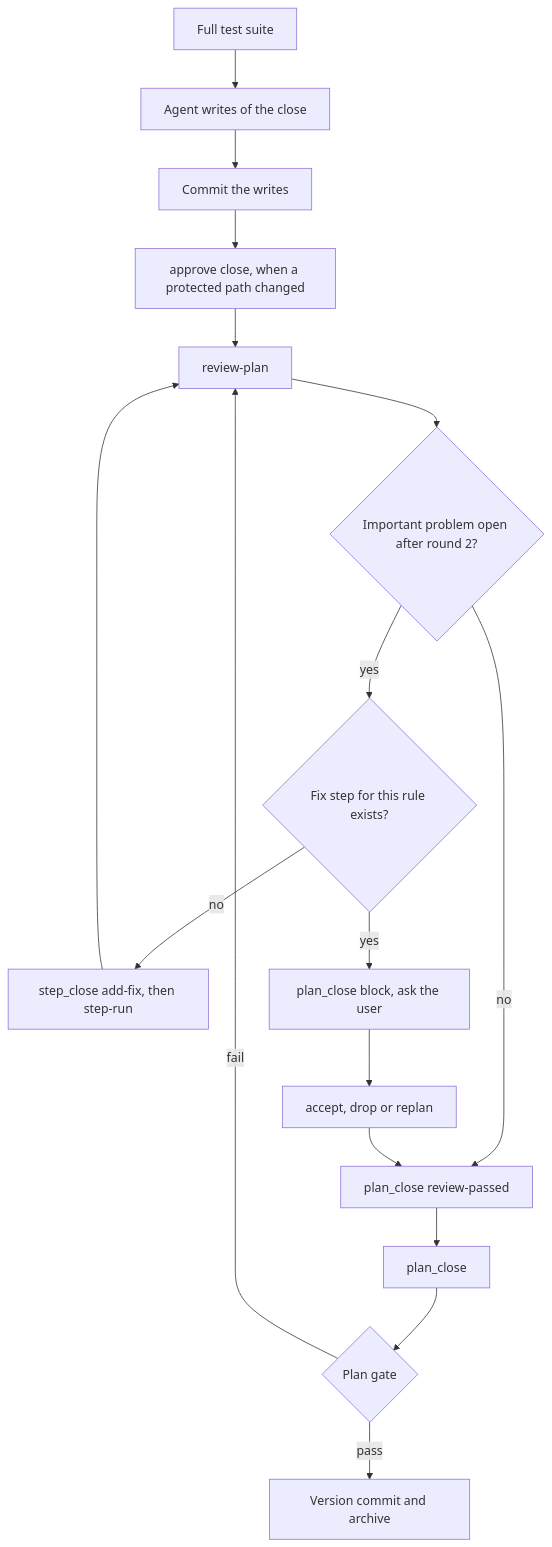
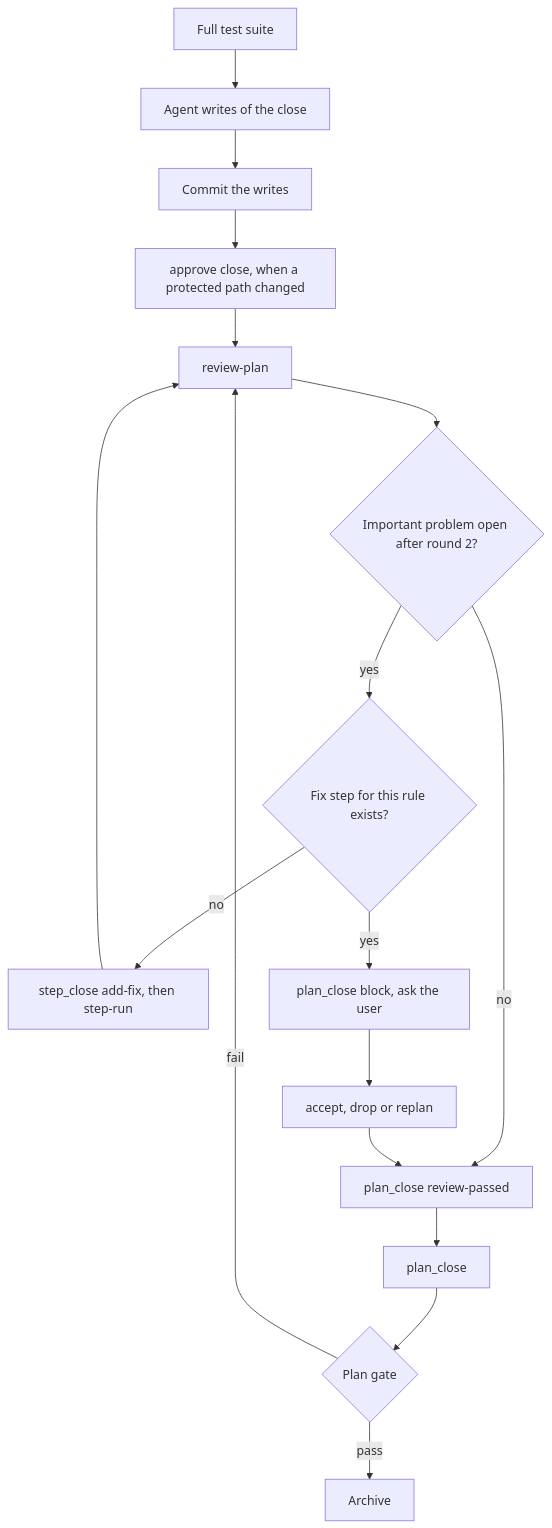
Before and after one commit to dskw/ai-template: the seventh of 8 diagrams in docs/DOCS_CONVENTIONS.md, drawn with Mermaid. The commit also changed other lines of this file and 12 other files, not shown here.

Commit message:
Apply the findings A13 to A16: quiet tuning, package folders, commit order check, version per milestone

````diff
--- a/docs/DOCS_CONVENTIONS.md
+++ b/docs/DOCS_CONVENTIONS.md
@@ -392,19 +396,19 @@
 ```mermaid
 flowchart TD
     suite[Full test suite] --> writes[Agent writes of the close]
     writes --> commit[Commit the writes]
     commit --> approve[approve close, when a protected path changed]
     approve --> review[review-plan]
     review --> important{Important problem open after round 2?}
     important -->|no| passed[plan_close review-passed]
     important -->|yes| existing{Fix step for this rule exists?}
     existing -->|no| fix[step_close add-fix, then step-run]
     fix --> review
     existing -->|yes| block[plan_close block, ask the user]
     block --> choice[accept, drop or replan]
     choice --> passed
     passed --> close[plan_close]
     close --> gate{Plan gate}
     gate -->|fail| review
-    gate -->|pass| done[Version commit and archive]
+    gate -->|pass| done[Archive]
 ```
````
